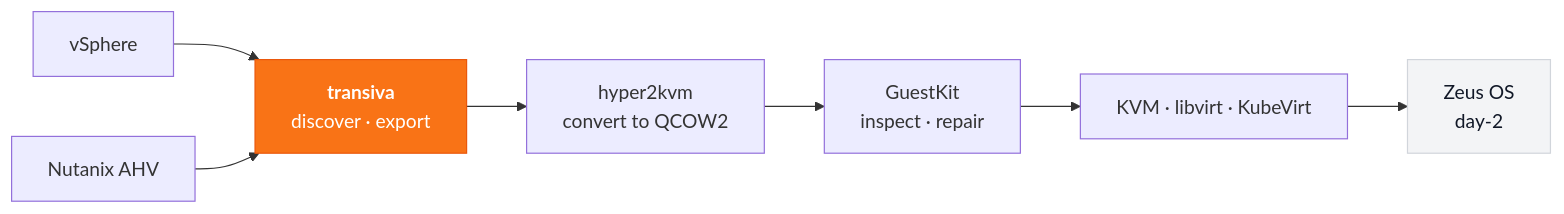
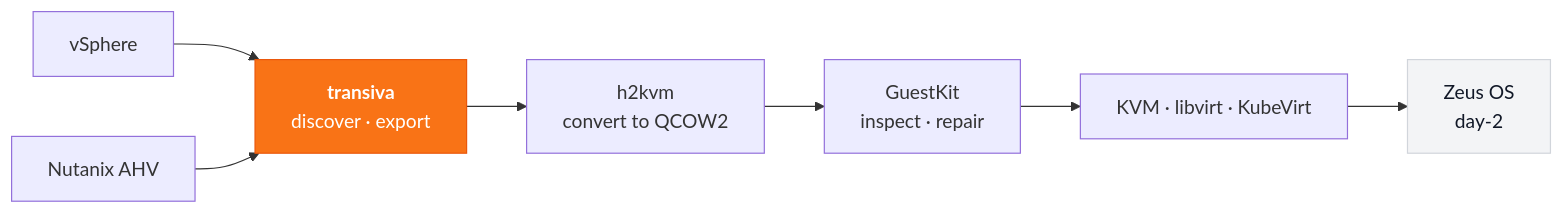
One commit to zyvorai/transiva changed the diagram in README.md. Above: the diagram before and after it, drawn with Mermaid. The commit also changed other lines of this file and 87 other files, not shown here.

First line of the commit message:
rename: hyper2kvm -> h2kvm (upstream project rename)

````diff
--- a/README.md
+++ b/README.md
@@ -173,14 +173,14 @@
 ```mermaid
 flowchart LR
     A["vSphere"] --> H
     B["Nutanix AHV"] --> H
-    H["<b>transiva</b><br/>discover · export"] --> K["hyper2kvm<br/>convert to QCOW2"]
+    H["<b>transiva</b><br/>discover · export"] --> K["h2kvm<br/>convert to QCOW2"]
     K --> G["GuestKit<br/>inspect · repair"]
     G --> T["KVM · libvirt · KubeVirt"]
     T --> Z["Zeus OS<br/>day-2"]
 
     classDef accent fill:#F97316,stroke:#EA580C,color:#fff;
     classDef muted fill:#F3F4F6,stroke:#D1D5DB,color:#111827;
     class H accent;
     class Z muted;
 ```
````
